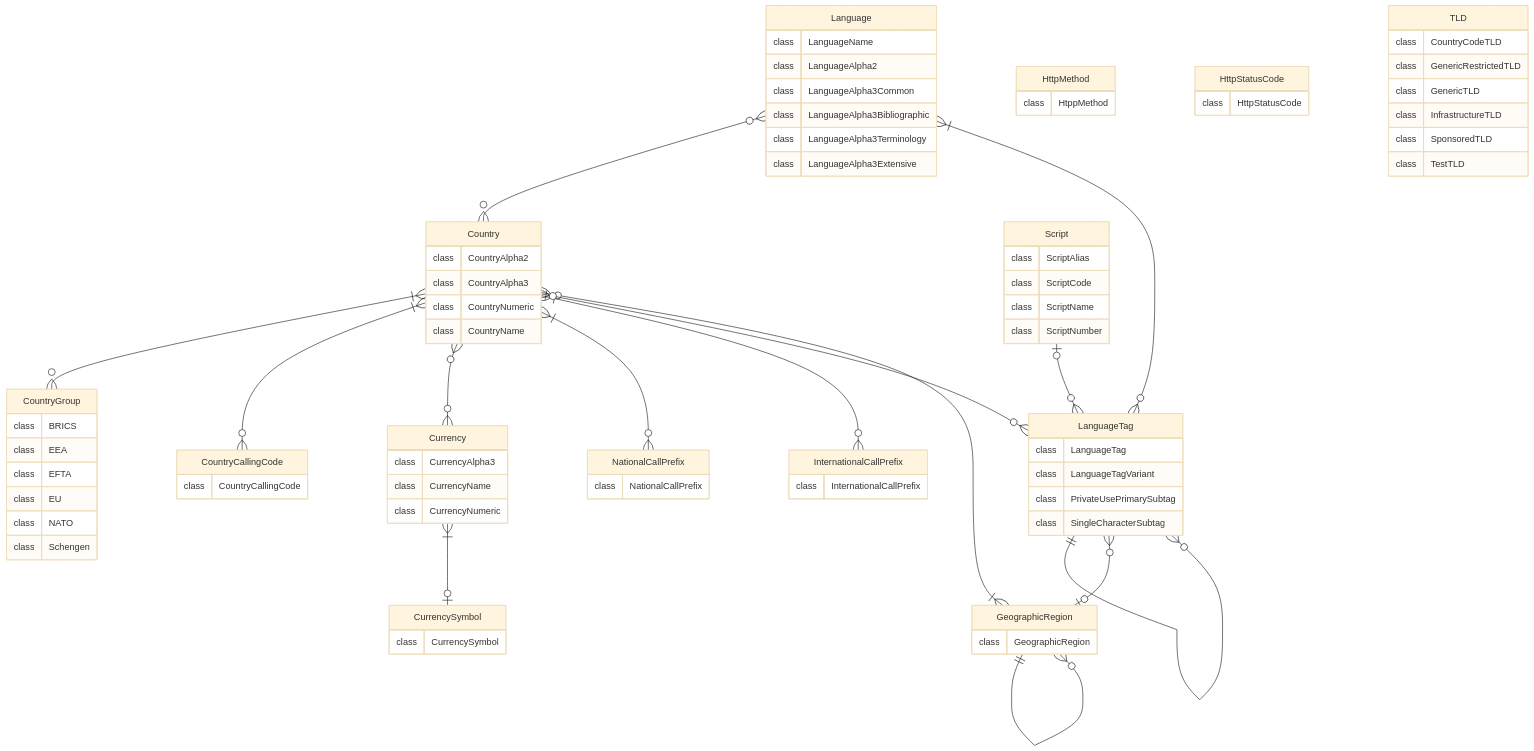
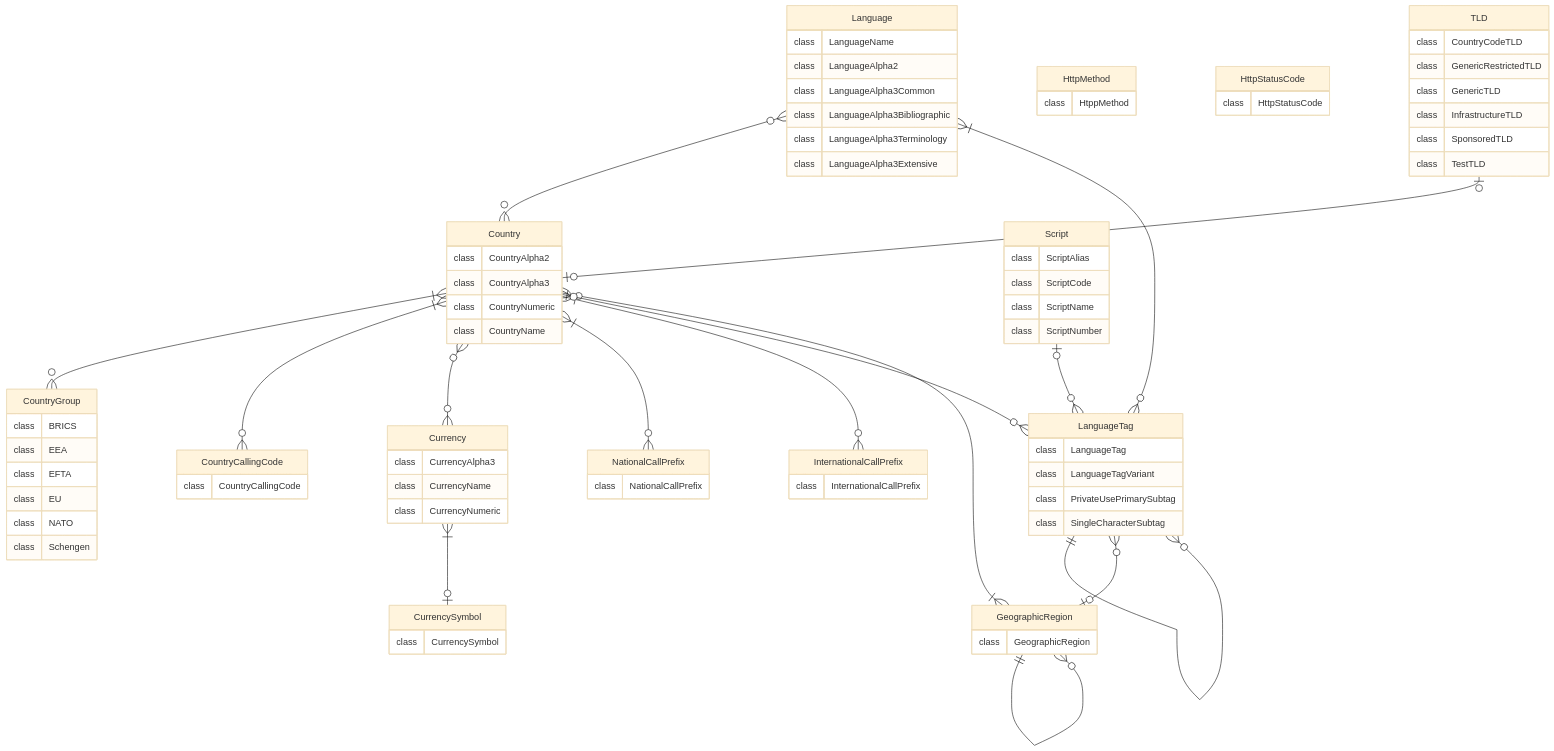
One commit to PrinsFrank/standards changed the first of 3 diagrams in README.md. Above: the diagram before and after it, drawn with Mermaid (base theme).

Commit message:
Add relation between country and TLD

````diff
--- a/README.md
+++ b/README.md
@@ -124,5 +124,6 @@
     Language }|--o{ LanguageTag: ""
     Script |o--o{ LanguageTag: ""
     Country |o--o{ LanguageTag: ""
+    TLD |o--o| Country: ""
     LanguageTag }o--o| GeographicRegion: ""
 ```
````
